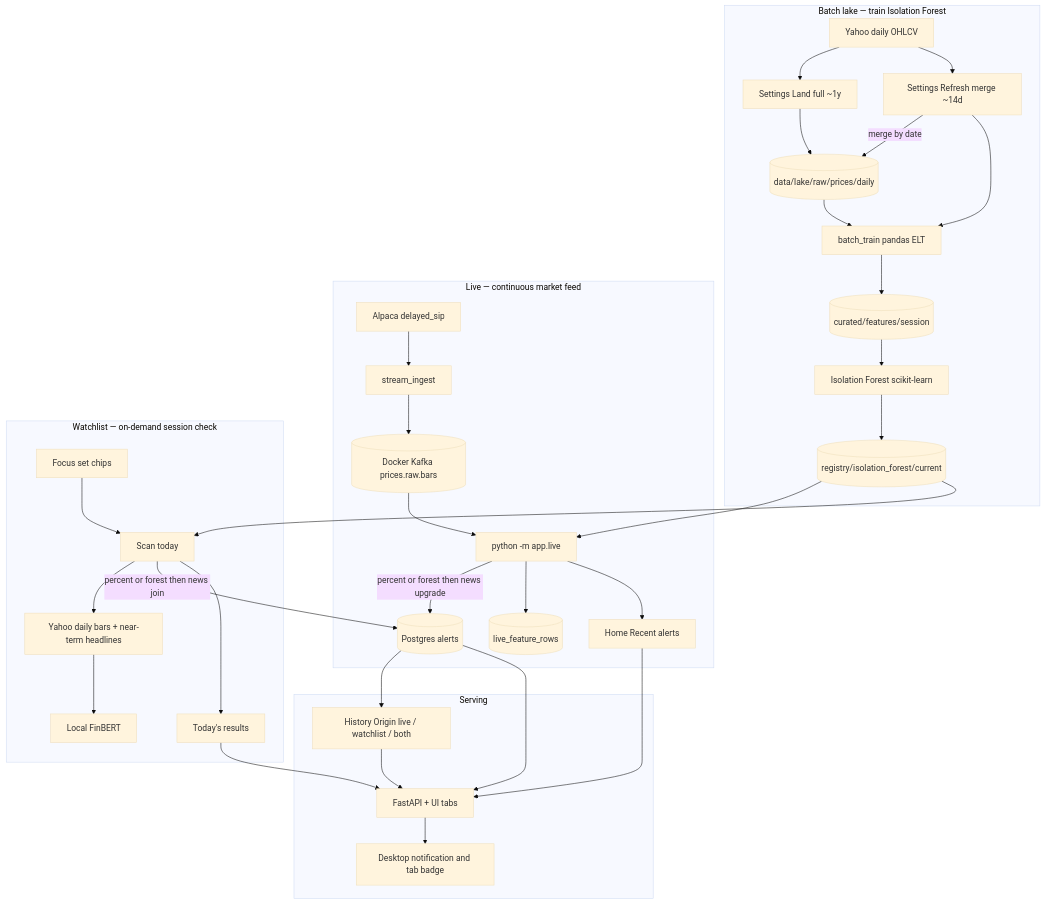
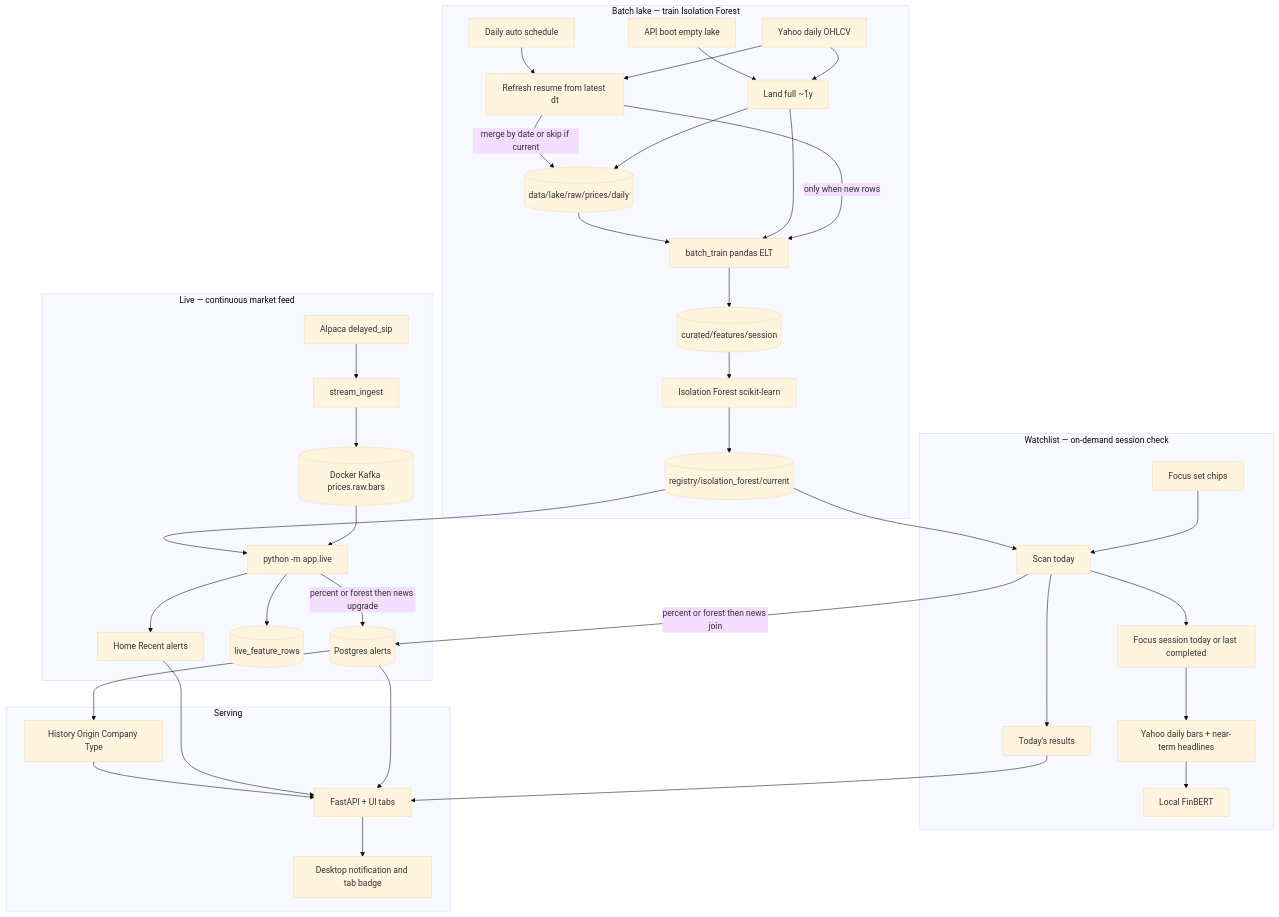
Before and after one commit to sameerde4/ticker-alert-system: the first of 10 diagrams in docs/architecture.md, drawn with Mermaid (base theme). The commit also changed other lines of this file and 8 other files, not shown here.

First line of the commit message:
Document auto lake refresh, Scan focus, and History company columns.

````diff
--- a/docs/architecture.md
+++ b/docs/architecture.md
@@ -93,42 +95,46 @@
 ```mermaid
 flowchart TB
     subgraph batch [Batch lake — train Isolation Forest]
-        YF[Yahoo daily OHLCV] --> LAND[Settings Land full ~1y]
-        YF --> REF[Settings Refresh merge ~14d]
+        YF[Yahoo daily OHLCV] --> LAND[Land full ~1y]
+        YF --> REF[Refresh resume from latest dt]
+        BOOT[API boot empty lake] --> LAND
+        SCHED[Daily auto schedule] --> REF
         LAND --> RAW[(data/lake/raw/prices/daily)]
-        REF -->|merge by date| RAW
-        REF --> BT[batch_train pandas ELT]
+        REF -->|merge by date or skip if current| RAW
+        REF -->|only when new rows| BT[batch_train pandas ELT]
+        LAND --> BT
         RAW --> BT
         BT --> CUR[(curated/features/session)]
         CUR --> IF[Isolation Forest scikit-learn]
         IF --> REG[(registry/isolation_forest/current)]
     end
 
     subgraph stream [Live — continuous market feed]
         ALP[Alpaca delayed_sip] --> PROD[stream_ingest]
         PROD --> KAFKA[(Docker Kafka prices.raw.bars)]
         KAFKA --> LIVE[python -m app.live]
         REG --> LIVE
         LIVE -->|percent or forest then news upgrade| PG[(Postgres alerts)]
         LIVE --> FEAT[(live_feature_rows)]
         LIVE --> HOME[Home Recent alerts]
     end
 
     subgraph watch [Watchlist — on-demand session check]
         WL[Focus set chips] --> RUN[Scan today]
-        RUN --> YB[Yahoo daily bars + near-term headlines]
+        RUN --> FOCUS[Focus session today or last completed]
+        FOCUS --> YB[Yahoo daily bars + near-term headlines]
         YB --> FB[Local FinBERT]
         REG --> RUN
         RUN -->|percent or forest then news join| PG
         RUN --> CHECK[Today's results]
     end
 
     subgraph serve [Serving]
-        PG --> HIST[History Origin live / watchlist / both]
+        PG --> HIST[History Origin Company Type]
         PG --> API[FastAPI + UI tabs]
         API --> NOTE[Desktop notification and tab badge]
         HOME --> API
         CHECK --> API
         HIST --> API
     end
 ```
````
